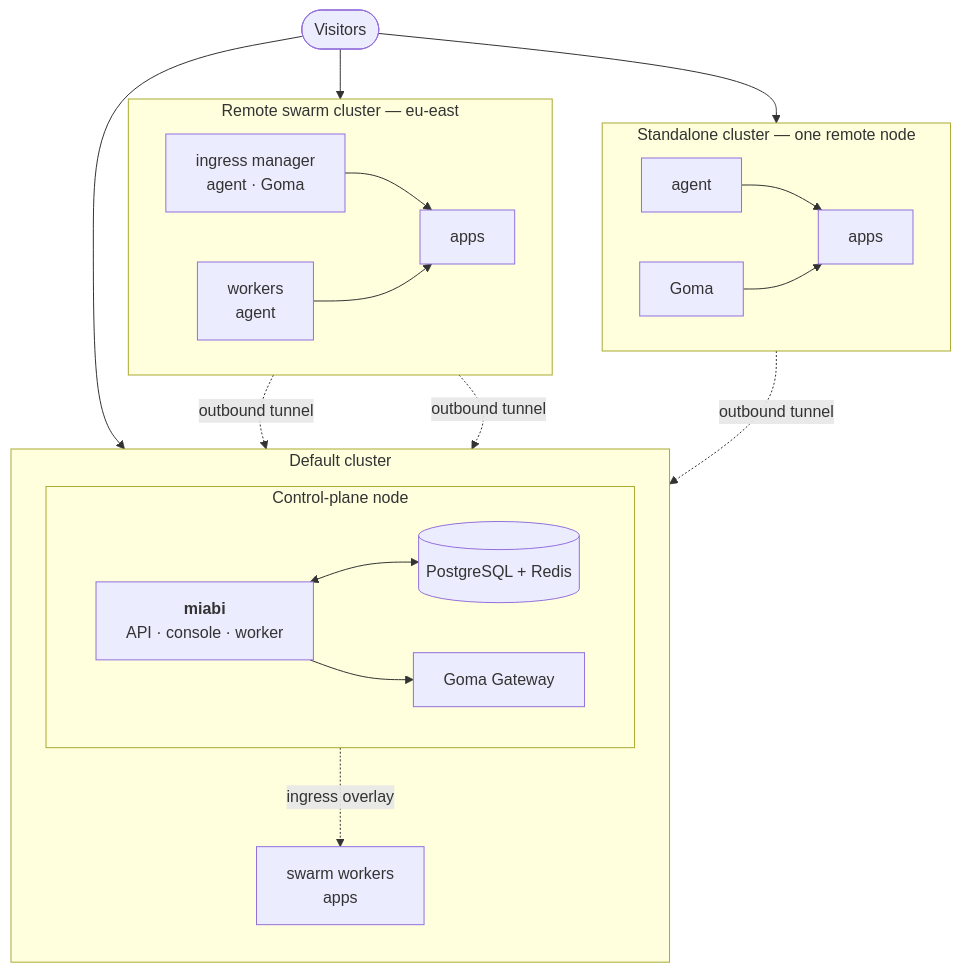
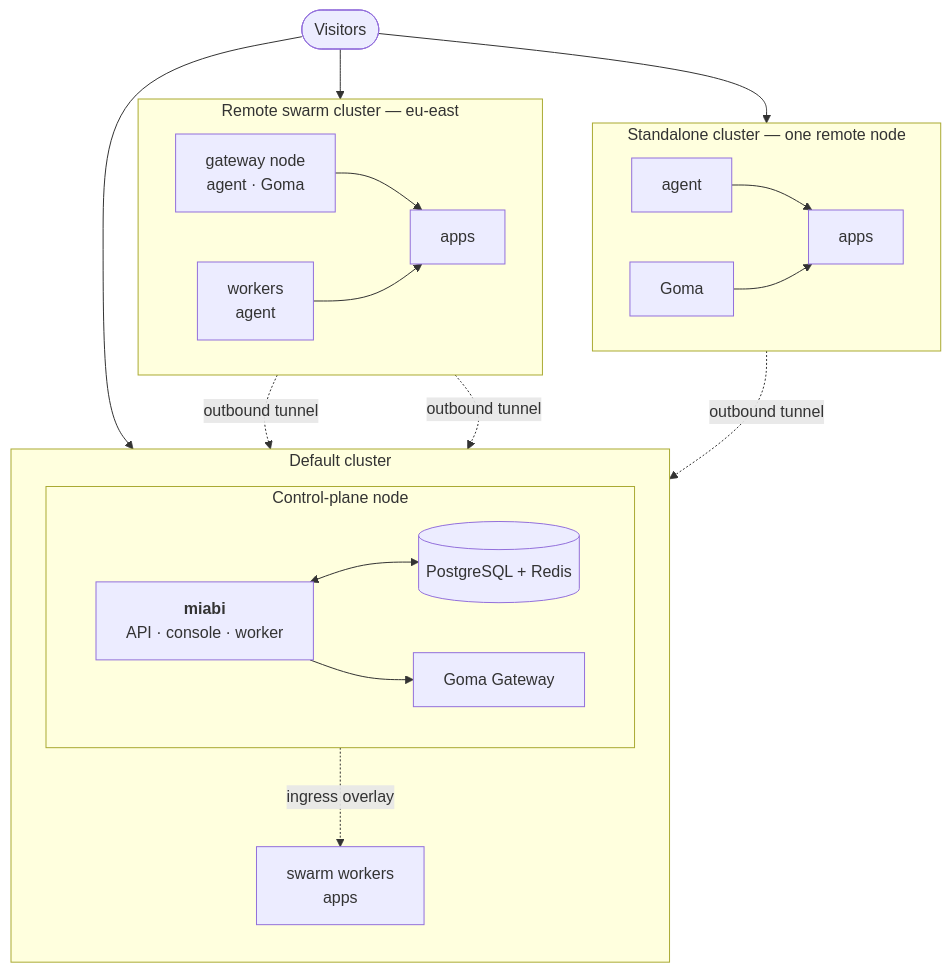
The first of 2 diagrams in docs/architecture/multi-node.md (miabi-io/docs), drawn with Mermaid before and after one commit. The commit also changed other lines of this file and 21 other files, not shown here.

````diff
--- a/docs/architecture/multi-node.md
+++ b/docs/architecture/multi-node.md
@@ -14,37 +14,37 @@
 ```mermaid
 flowchart TB
     Visitor(["Visitors"])
 
     subgraph def["Default cluster"]
         direction TB
         subgraph cp["Control-plane node"]
             direction LR
             Server["<b>miabi</b><br/>API · console · worker"]
             Goma["Goma Gateway"]
             Store[("PostgreSQL + Redis")]
         end
         W1["swarm workers<br/>apps"]
     end
 
     subgraph solo["Standalone cluster — one remote node"]
         direction LR
         A1["agent"] --> App1["apps"]
         G1["Goma"] --> App1
     end
 
     subgraph remote["Remote swarm cluster — eu-east"]
         direction LR
-        M2["ingress manager<br/>agent · Goma"] --> App2["apps"]
+        M2["gateway node<br/>agent · Goma"] --> App2["apps"]
         W2["workers<br/>agent"] --> App2
     end
 
     Visitor --> Goma
     Visitor --> G1
     Visitor --> M2
     Server <--> Store
     Server --> Goma
     Goma -. ingress overlay .-> W1
     A1 -. outbound tunnel .-> Server
     M2 -. outbound tunnel .-> Server
     W2 -. outbound tunnel .-> Server
 ```
````
